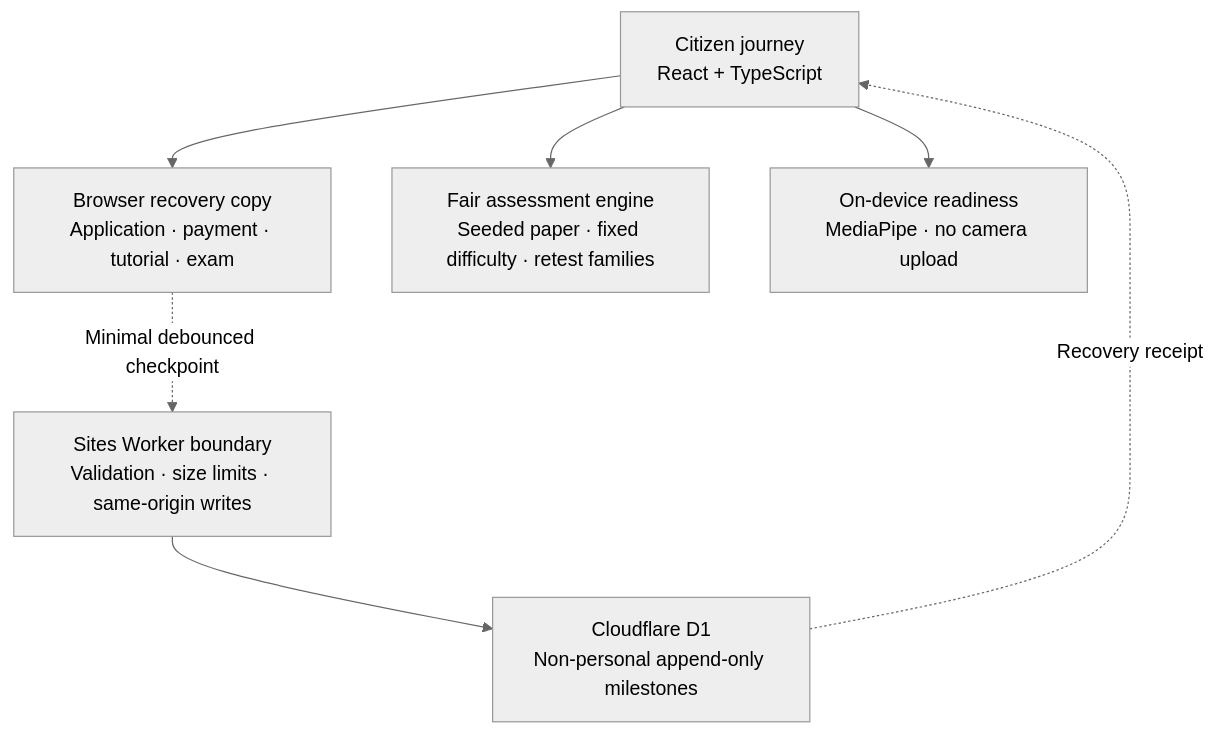
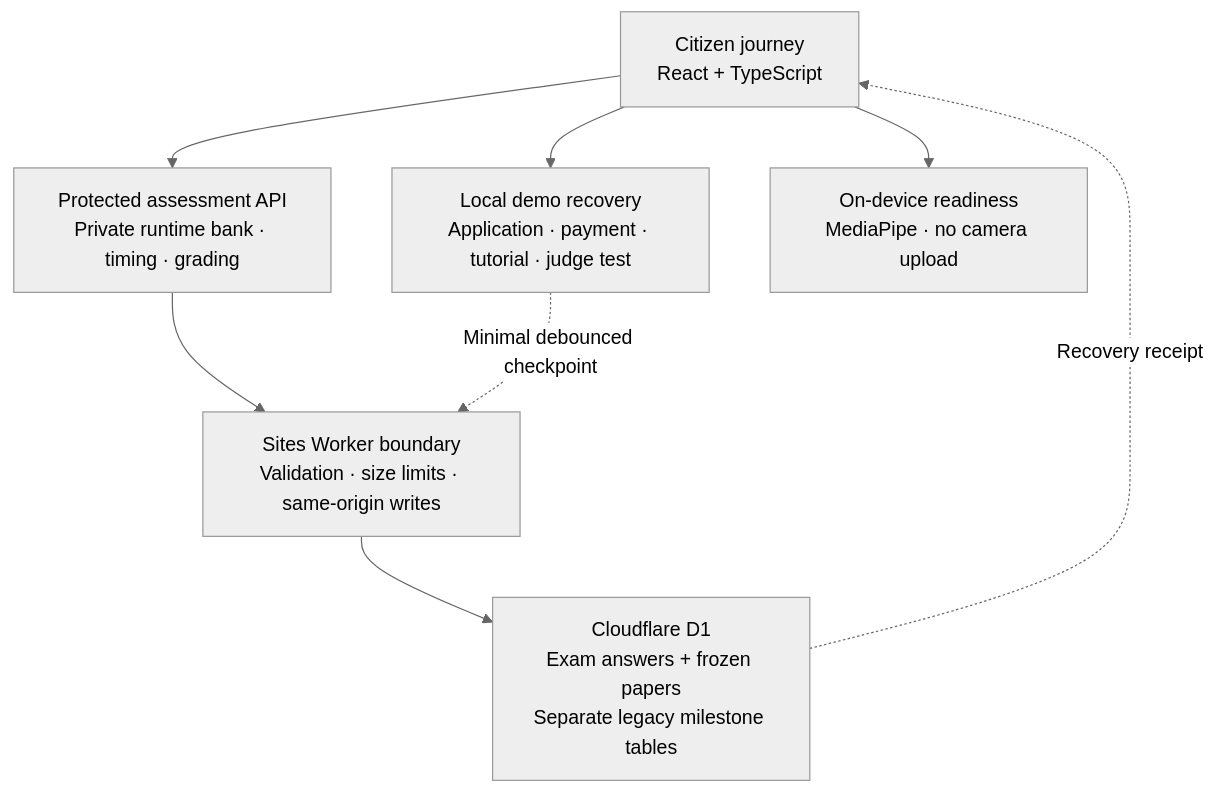
One commit to EruditeCoder108/LicenseFlow changed the diagram in README.md. Above: the diagram before and after it, drawn with Mermaid (neutral theme). The commit also changed other lines of this file and 40 other files, not shown here.

Commit message:
feat: add server-controlled assessment and isolated judge demo

````diff
--- a/README.md
+++ b/README.md
@@ -67,16 +73,17 @@
 ```mermaid
 flowchart TD
     Citizen["Citizen journey<br/>React + TypeScript"]
-    State["Browser recovery copy<br/>Application · payment · tutorial · exam"]
-    Assessment["Fair assessment engine<br/>Seeded paper · fixed difficulty · retest families"]
+    State["Local demo recovery<br/>Application · payment · tutorial · judge test"]
+    Assessment["Protected assessment API<br/>Private runtime bank · timing · grading"]
     Vision["On-device readiness<br/>MediaPipe · no camera upload"]
     Worker["Sites Worker boundary<br/>Validation · size limits · same-origin writes"]
-    D1["Cloudflare D1<br/>Non-personal append-only milestones"]
+    D1["Cloudflare D1<br/>Exam answers + frozen papers<br/>Separate legacy milestone tables"]
 
     Citizen --> State
     Citizen --> Assessment
+    Assessment --> Worker
     Citizen --> Vision
     State -. "Minimal debounced checkpoint" .-> Worker
     Worker --> D1
     D1 -. "Recovery receipt" .-> Citizen
 ```
````
